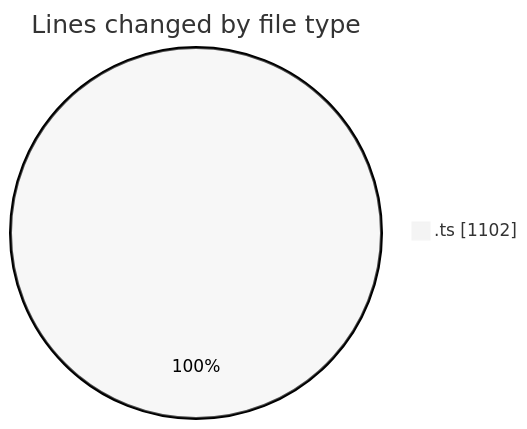
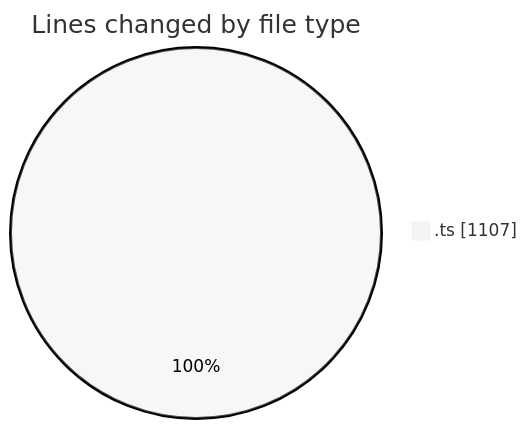
One commit to momahboobian/code-tracking changed the first of 2 diagrams in 2025-12-16/cda/README.md. Above: the diagram before and after it, drawn with Mermaid (neutral theme). The commit also changed other lines of this file and 1 other file, not shown here.

````diff
--- a/2025-12-16/cda/README.md
+++ b/2025-12-16/cda/README.md
@@ -20,5 +20,5 @@
 ```mermaid
 pie showData
 title Lines changed by file type
-".ts" : 1102
+".ts" : 1107
 ```
````
